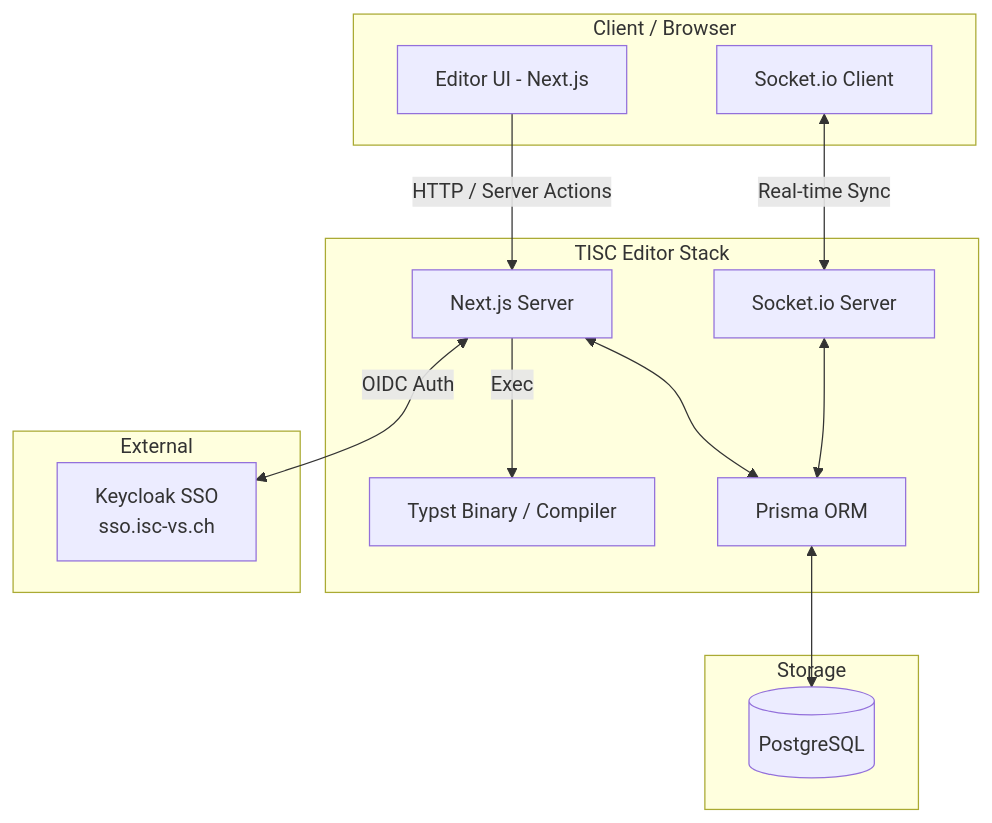
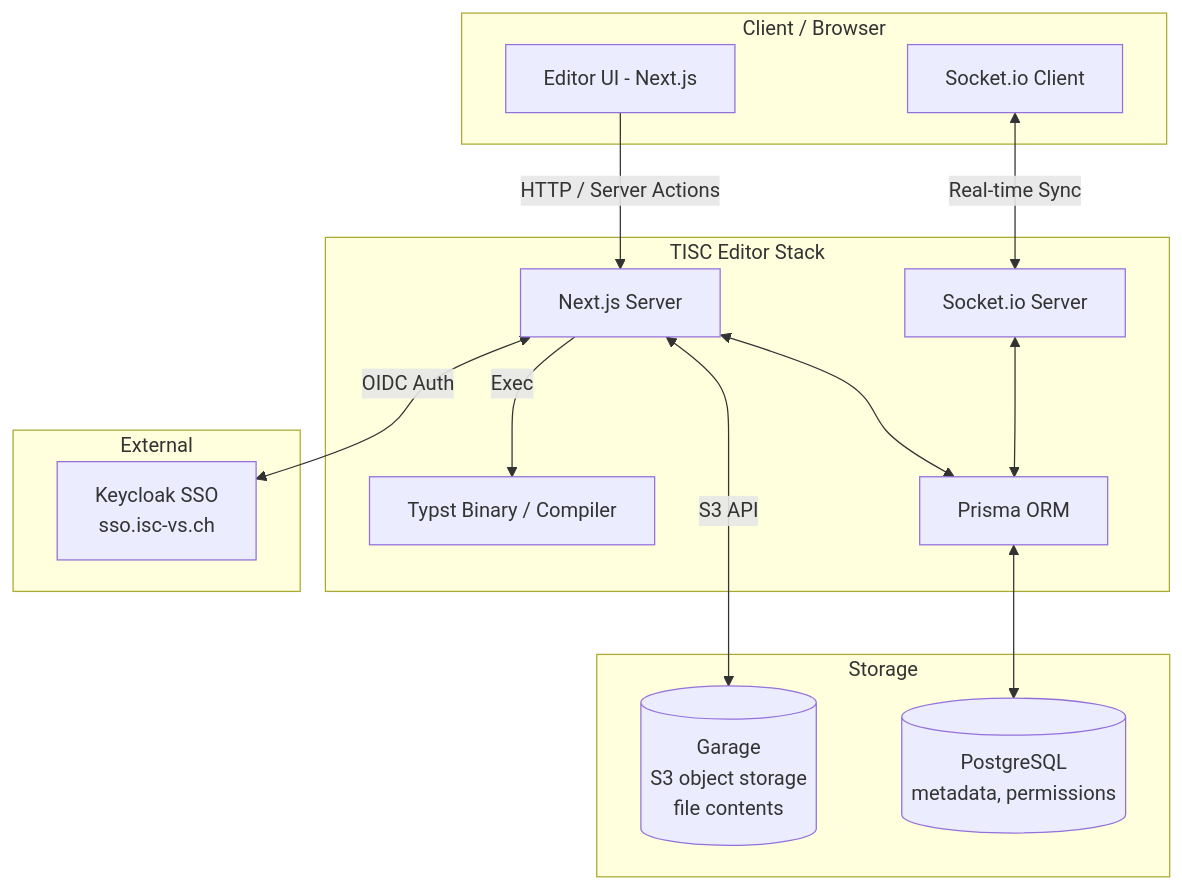
The diagram in docs/docs/techdocs/architecture/architecture.md (ISC-HEI/tisc-editor), drawn with Mermaid before and after one commit. The commit also changed other lines of this file and 7 other files, not shown here.

````diff
--- a/docs/docs/techdocs/architecture/architecture.md
+++ b/docs/docs/techdocs/architecture/architecture.md
@@ -7,31 +7,33 @@
 ```mermaid
 graph TD
     subgraph Client_Side [Client / Browser]
         UI[Editor UI - Next.js]
         SIOC[Socket.io Client]
     end
 
     subgraph Docker_Container [TISC Editor Stack]
         NextJS[Next.js Server]
         SIOS[Socket.io Server]
         Typst[Typst Binary / Compiler]
         Prisma[Prisma ORM]
     end
 
     subgraph Storage
-        DB[(PostgreSQL)]
+        DB[(PostgreSQL<br/>metadata, permissions)]
+        S3[(Garage<br/>S3 object storage<br/>file contents)]
     end
 
     subgraph External
         SSO[Keycloak SSO<br/>sso.isc-vs.ch]
     end
 
     %% Interactions
     UI -->|HTTP / Server Actions| NextJS
     SIOC <-->|Real-time Sync| SIOS
     SIOS <--> Prisma
     NextJS <--> Prisma
     Prisma <--> DB
+    NextJS <-->|S3 API| S3
     NextJS -->|Exec| Typst
     NextJS <-->|OIDC Auth| SSO
 ```
````
